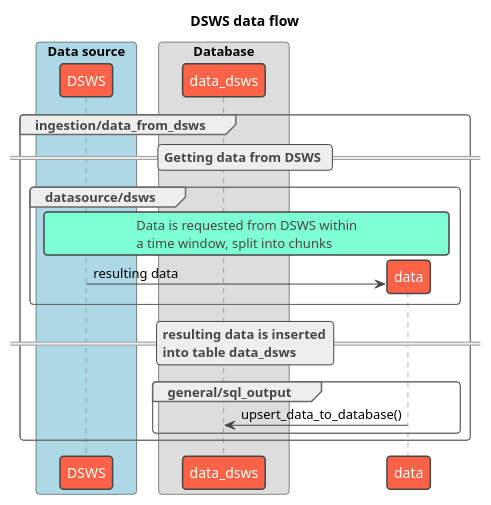
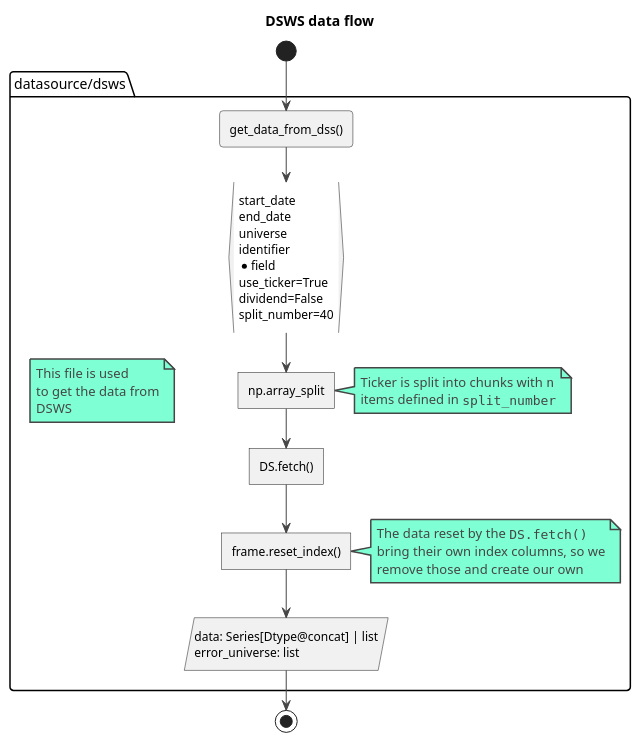
The diagram in docs/dsws_flow.wsd (asklora/DROID_V2.1), drawn with PlantUML before and after one commit. The commit also changed 3 other files, not shown here.

Commit message:
update flow for dsws and all flow

```diff
--- a/docs/dsws_flow.wsd
+++ b/docs/dsws_flow.wsd
@@ -1,40 +1,41 @@
 @startuml dsws
 
 title "DSWS data flow"
 
 !theme vibrant
 
-skinparam shadowing false
-skinparam defaultFontName Ubuntu
+skinparam Shadowing false
+skinparam DefaultFontName Ubuntu
 skinparam ParticipantPadding 20
 skinparam BoxPadding 10
+skinparam ConditionEndStyle diamond
 
-box "Data source" #LightBlue
-participant DSWS
-end box
-box "Database"
-participant data_dsws
-end box
+start
 
-group ingestion/data_from_dsws
-    == Getting data from DSWS ==
+package "datasource/dsws" {
+    floating note: This file is used\nto get the data from\nDSWS
+    :get_data_from_dss();
 
-    group datasource/dsws
-        create data
-        rnote over DSWS, data
-        Data is requested from DSWS within
-        a time window, split into chunks
-        end note
+    :start_date\nend_date\nuniverse\nidentifier\n*field\nuse_ticker=True\ndividend=False\nsplit_number=40}
 
-        DSWS -> data : resulting data
-    end
+    :np.array_split]
+    note right
+        Ticker is split into chunks with ""n""
+        items defined in ""split_number""
+    end note
 
-    == resulting data is inserted\ninto table data_dsws ==
+    :DS.fetch()]
 
-    group general/sql_output
-        data -> data_dsws : upsert_data_to_database()
-    end
+    :frame.reset_index()]
+    note right
+        The data reset by the ""DS.fetch()""
+        bring their own index columns, so we
+        remove those and create our own
+    end note
 
-end
+    :data: Series[Dtype@concat] | list\nerror_universe: list/
+}
+
+stop
 
 @enduml
```
